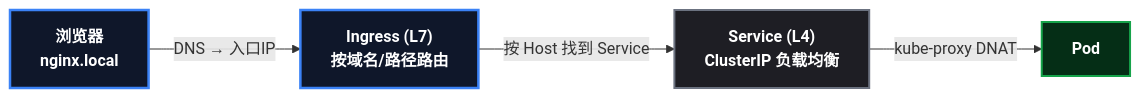
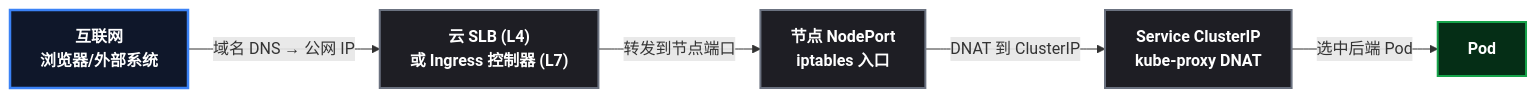
The eighth of 8 diagrams in content/posts/kubernetes/K8sNetworkLayeringMap.md (yaocat55/yaocat55.github.io), drawn with Mermaid before and after one commit. The commit also changed other lines of this file, not shown here.

````diff
--- a/content/posts/kubernetes/K8sNetworkLayeringMap.md
+++ b/content/posts/kubernetes/K8sNetworkLayeringMap.md
@@ -344,17 +439,20 @@
 ```mermaid
-%% 集群外访问: 域名 → Ingress(L7) → Service(L4) → Pod (style 强制深底白字)
+%% 通信四: 互联网入口 = LB/Ingress → NodePort → Service → Pod (style 白字)
 flowchart LR
-    U["浏览器<br/>nginx.local"]
-    I["Ingress (L7)<br/>按域名/路径路由"]
-    S["Service (L4)<br/>ClusterIP 负载均衡"]
+    U["互联网<br/>浏览器/外部系统"]
+    LB["云 SLB (L4)<br/>或 Ingress 控制器 (L7)"]
+    NP["节点 NodePort<br/>iptables 入口"]
+    SV["Service ClusterIP<br/>kube-proxy DNAT"]
     P["Pod"]
 
-    U -->|"DNS → 入口IP"| I
-    I -->|"按 Host 找到 Service"| S
-    S -->|"kube-proxy DNAT"| P
+    U -->|"域名 DNS → 公网 IP"| LB
+    LB -->|"转发到节点端口"| NP
+    NP -->|"DNAT 到 ClusterIP"| SV
+    SV -->|"选中后端 Pod"| P
 
     style U fill:#0f172a,stroke:#3b82f6,stroke-width:2.5px,color:#ffffff,font-weight:bold
-    style I fill:#0f172a,stroke:#3b82f6,stroke-width:2.5px,color:#ffffff,font-weight:bold
-    style S fill:#1e1e24,stroke:#6b7280,stroke-width:2px,color:#ffffff,font-weight:bold
+    style LB fill:#1e1e24,stroke:#6b7280,stroke-width:2px,color:#ffffff,font-weight:bold
+    style NP fill:#1e1e24,stroke:#6b7280,stroke-width:2px,color:#ffffff,font-weight:bold
+    style SV fill:#1e1e24,stroke:#6b7280,stroke-width:2px,color:#ffffff,font-weight:bold
     style P fill:#052e16,stroke:#16a34a,stroke-width:2px,color:#ffffff,font-weight:bold
 ```
````
